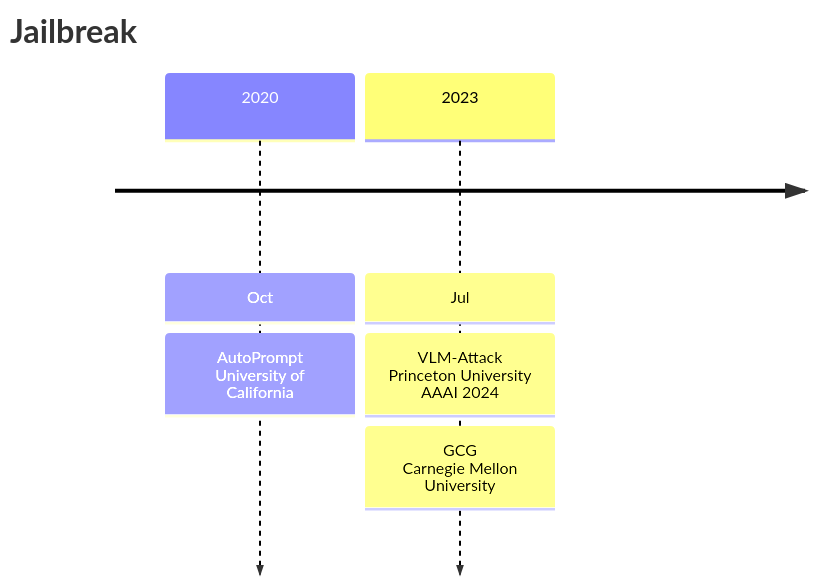
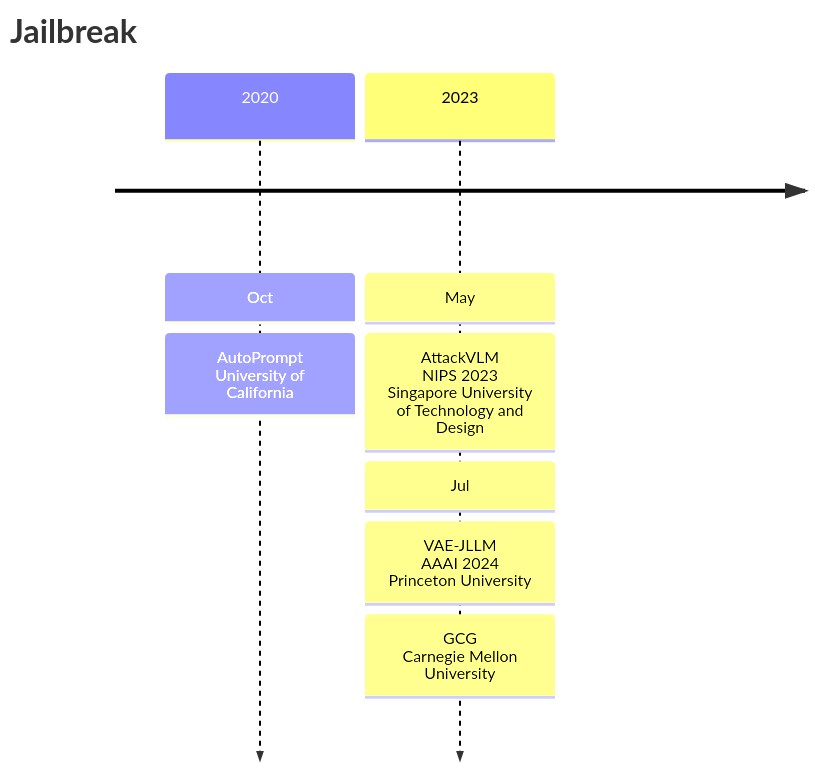
One commit to Elephant-King9/Paper changed the first of 5 diagrams in Attack/Jailbreak/analyse.md. Above: the diagram before and after it, drawn with Mermaid. The commit also changed other lines of this file and 10 other files, not shown here.

````diff
--- a/Attack/Jailbreak/analyse.md
+++ b/Attack/Jailbreak/analyse.md
@@ -5,11 +5,13 @@
 ```mermaid
 timeline
     title Jailbreak
     	2020 : Oct
     			 : AutoPrompt<br>University of California
-    	2023 : Jul
-    			 : VLM-Attack<br>Princeton University<br>AAAI 2024
+    	2023 : May
+    			 : AttackVLM<br>NIPS 2023<br>Singapore University of Technology and Design
+    			 : Jul
+    			 : VAE-JLLM<br>AAAI 2024<br>Princeton University
     			 : GCG<br>Carnegie Mellon University
     			 
     
 ```
````
